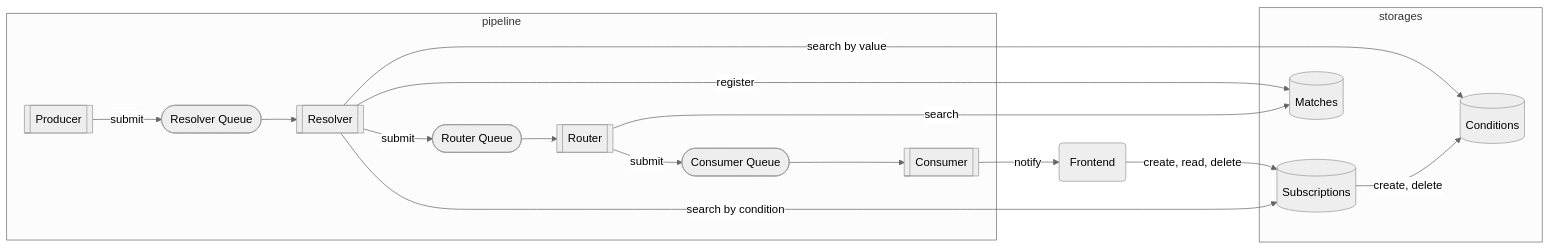
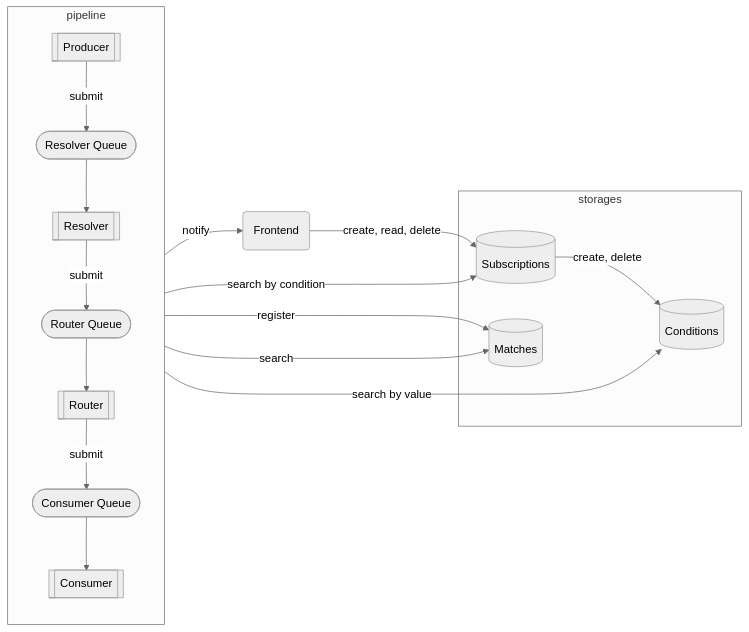
The second of 2 diagrams in profile/README.md (awakari/.github), drawn with Mermaid before and after one commit.

````diff
--- a/profile/README.md
+++ b/profile/README.md
@@ -161,26 +161,27 @@
 ```mermaid
 %%{init: {'theme': 'neutral' } }%%
 flowchart LR
     subgraph storages
         conditions[(Conditions)]
         subscriptions[(Subscriptions)]
         matches[(Matches)]
     end
     subgraph pipeline
+        direction TB
         producer[[Producer]]
         resolverQueue([Resolver Queue])
         resolver[[Resolver]]
         routerQueue([Router Queue])
         router[[Router]]
         consumerQueue([Consumer Queue])
         consumer[[Consumer]]
     end
     frontend(Frontend) -->|create, read, delete| subscriptions
     producer -->|submit| resolverQueue
     resolver -->|search by value| conditions
     resolver --> |search by condition| subscriptions
     resolver --> |register| matches
     subscriptions --> |create, delete| conditions
     router --> |search| matches
     resolverQueue --> resolver -->|submit| routerQueue --> router -->|submit| consumerQueue --> consumer -->|notify| frontend
 ```
````
